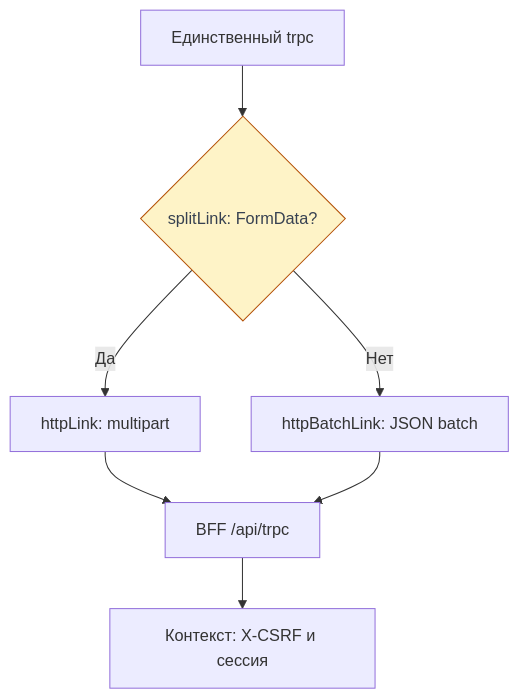
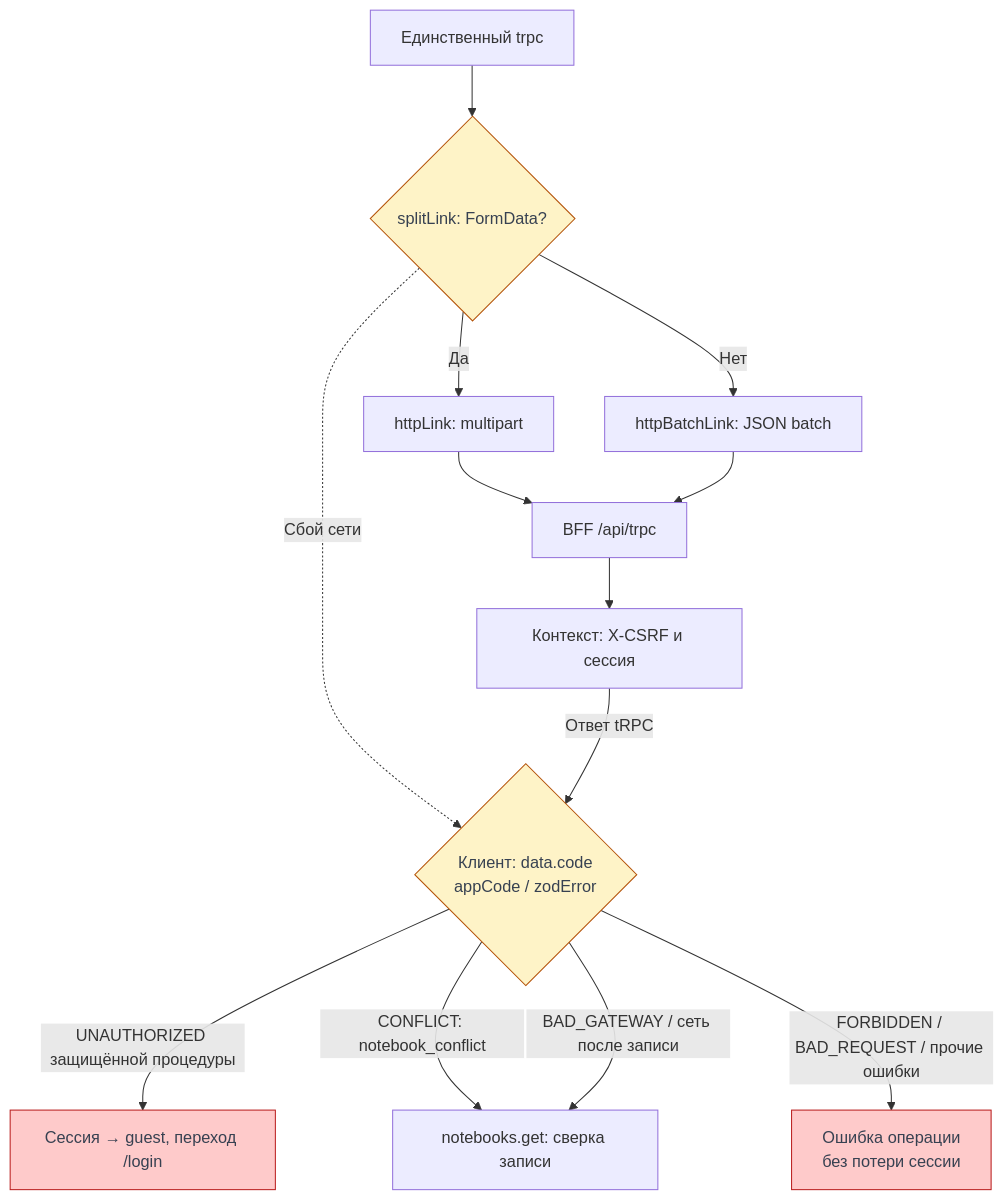
One commit to Cringe-Driven-Development-Team/docs changed the diagram in site/documentation/frontend/requests.md. Above: the diagram before and after it, drawn with Mermaid. The commit also changed other lines of this file and 6 other files, not shown here.

Commit message:
docs(frontend): дополнены связи пяти учебных схем

````diff
--- a/site/documentation/frontend/requests.md
+++ b/site/documentation/frontend/requests.md
@@ -31,12 +38,20 @@
 ```mermaid
-%% Flowchart: JSON batches and multipart converge on the same BFF boundary.
+%% Flowchart: два транспорта сходятся в BFF; ответ возвращается к классификации и реакции клиента.
 flowchart TD
     client["Единственный trpc"] --> split{"splitLink: FormData?"}
     split -->|Да| multipart["httpLink: multipart"]
     split -->|Нет| batch["httpBatchLink: JSON batch"]
     multipart --> bff["BFF /api/trpc"]
     batch --> bff
     bff --> context["Контекст: X-CSRF и сессия"]
+    split -.->|"Сбой сети"| response
+    context -->|"Ответ tRPC"| response{"Клиент: data.code<br/>appCode / zodError"}
+    response -->|"UNAUTHORIZED защищённой процедуры"| guest["Сессия → guest, переход /login"]
+    response -->|"CONFLICT: notebook_conflict"| reconcile["notebooks.get: сверка записи"]
+    response -->|"BAD_GATEWAY / сеть после записи"| reconcile
+    response -->|"FORBIDDEN / BAD_REQUEST / прочие ошибки"| operation["Ошибка операции<br/>без потери сессии"]
     classDef decision fill:#fef3c7,stroke:#b45309,color:#374151
-    class split decision
+    classDef error fill:#fecaca,stroke:#b91c1c,color:#374151
+    class split,response decision
+    class guest,operation error
 ```
````
